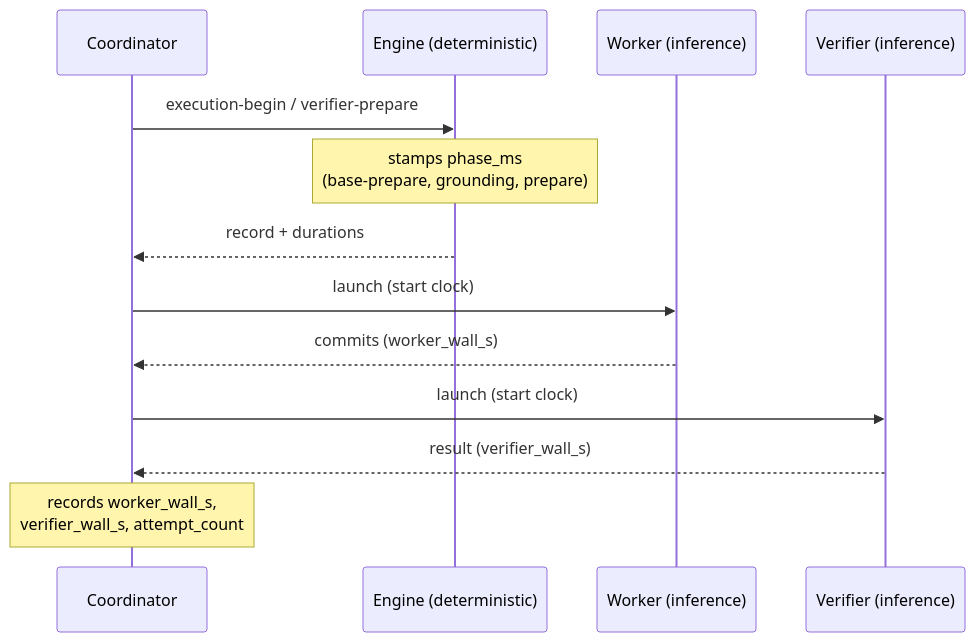
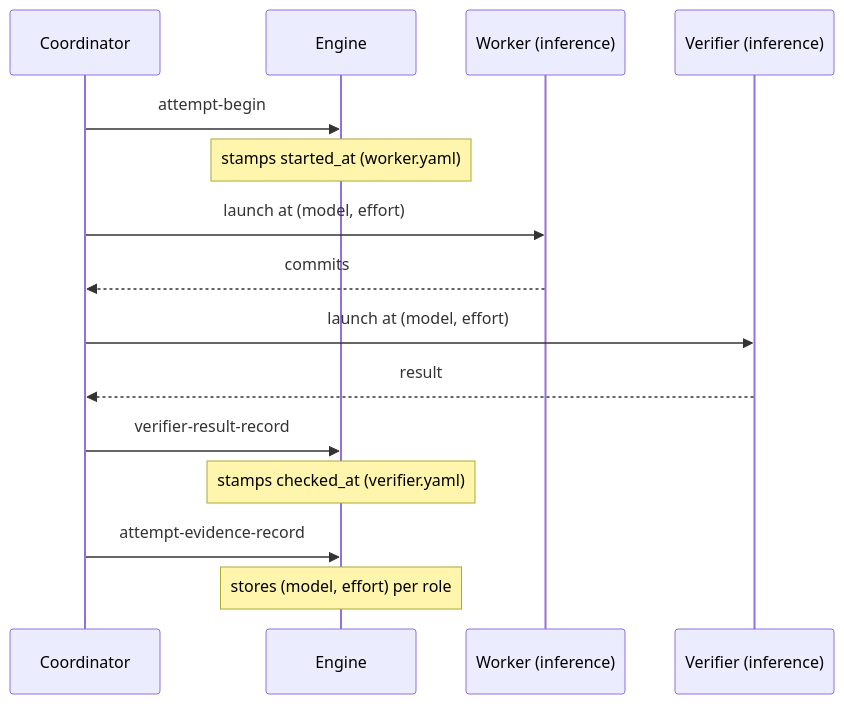
One commit to kaotypr/context-circuit-source changed the diagram in sources/system-design/context-circuit/v0.7.0/execution-latency/measurement.md. Above: the diagram before and after it, drawn with Mermaid. The commit also changed other lines of this file and 4 other files, not shown here.

````diff
--- a/sources/system-design/context-circuit/v0.7.0/execution-latency/measurement.md
+++ b/sources/system-design/context-circuit/v0.7.0/execution-latency/measurement.md
@@ -24,15 +44,17 @@
 ```mermaid
 sequenceDiagram
   participant C as Coordinator
-  participant E as Engine (deterministic)
+  participant E as Engine
   participant W as Worker (inference)
   participant V as Verifier (inference)
-  C->>E: execution-begin / verifier-prepare
-  Note over E: stamps phase_ms<br/>(base-prepare, grounding, prepare)
-  E-->>C: record + durations
-  C->>W: launch (start clock)
-  W-->>C: commits (worker_wall_s)
-  C->>V: launch (start clock)
-  V-->>C: result (verifier_wall_s)
-  Note over C: records worker_wall_s,<br/>verifier_wall_s, attempt_count
+  C->>E: attempt-begin
+  Note over E: stamps started_at (worker.yaml)
+  C->>W: launch at (model, effort)
+  W-->>C: commits
+  C->>V: launch at (model, effort)
+  V-->>C: result
+  C->>E: verifier-result-record
+  Note over E: stamps checked_at (verifier.yaml)
+  C->>E: attempt-evidence-record
+  Note over E: stores (model, effort) per role
 ```
````
